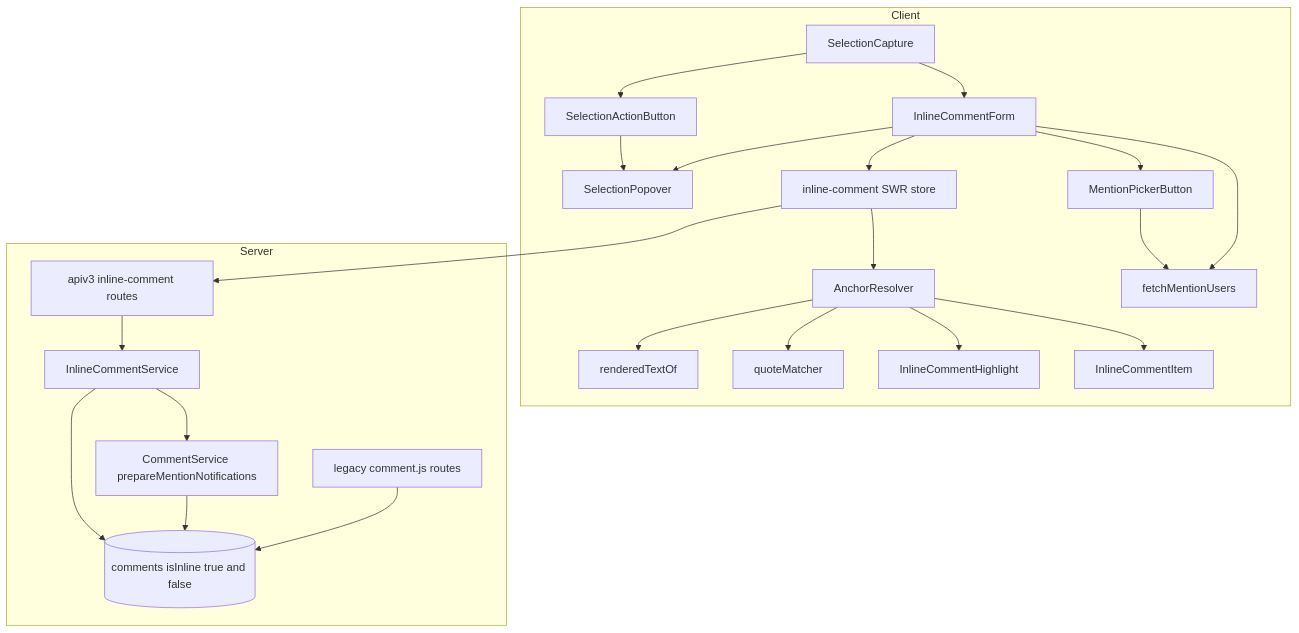
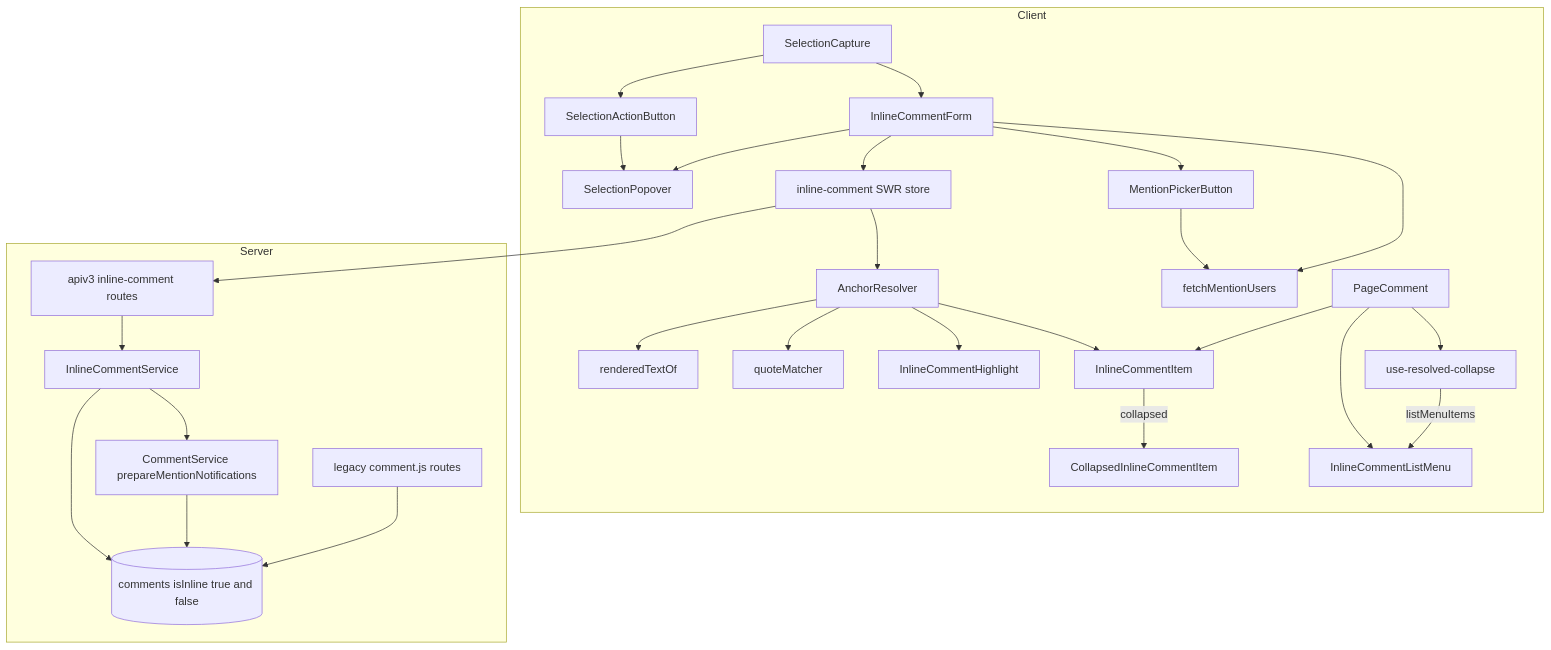
One commit to growilabs/growi changed the first of 6 diagrams in .kiro/specs/inline-comment/design.md. Above: the diagram before and after it, drawn with Mermaid. The commit also changed other lines of this file and 7 other files, not shown here.

First line of the commit message:
docs(inline-comment-ui-refinement): port the amend spec into inline-comment

````diff
--- a/.kiro/specs/inline-comment/design.md
+++ b/.kiro/specs/inline-comment/design.md
@@ -160,46 +193,56 @@
 ```mermaid
 graph TB
     subgraph Client
         SelectionCapture[SelectionCapture]
         SelectionActionButton[SelectionActionButton]
         SelectionPopover[SelectionPopover]
         AnchorResolver[AnchorResolver]
         RenderedText[renderedTextOf]
         QuoteMatcher[quoteMatcher]
         HighlightOverlay[InlineCommentHighlight]
         InlineCommentForm[InlineCommentForm]
         MentionPickerButton[MentionPickerButton]
         FetchMentionUsers[fetchMentionUsers]
         InlineCommentItem[InlineCommentItem]
+        CollapsedInlineCommentItem[CollapsedInlineCommentItem]
+        PageComment[PageComment]
+        ResolvedCollapse[use-resolved-collapse]
+        InlineCommentListMenu[InlineCommentListMenu]
         InlineCommentStore[inline-comment SWR store]
     end
 
     subgraph Server
         InlineCommentRoutes[apiv3 inline-comment routes]
         InlineCommentService[InlineCommentService]
         CommentService[CommentService prepareMentionNotifications]
         LegacyCommentRoutes[legacy comment.js routes]
         CommentsTable[(comments isInline true and false)]
     end
 
     SelectionCapture --> SelectionActionButton
     SelectionCapture --> InlineCommentForm
     SelectionActionButton --> SelectionPopover
     InlineCommentForm --> SelectionPopover
     InlineCommentForm --> MentionPickerButton
     MentionPickerButton --> FetchMentionUsers
     InlineCommentForm --> FetchMentionUsers
     InlineCommentForm --> InlineCommentStore
     InlineCommentStore --> InlineCommentRoutes
     InlineCommentRoutes --> InlineCommentService
     InlineCommentService --> CommentsTable
     InlineCommentService --> CommentService
     CommentService --> CommentsTable
     LegacyCommentRoutes --> CommentsTable
 
     InlineCommentStore --> AnchorResolver
     AnchorResolver --> RenderedText
     AnchorResolver --> QuoteMatcher
     AnchorResolver --> HighlightOverlay
     AnchorResolver --> InlineCommentItem
+
+    PageComment --> ResolvedCollapse
+    PageComment --> InlineCommentListMenu
+    PageComment --> InlineCommentItem
+    ResolvedCollapse -->|listMenuItems| InlineCommentListMenu
+    InlineCommentItem -->|collapsed| CollapsedInlineCommentItem
 ```
````
